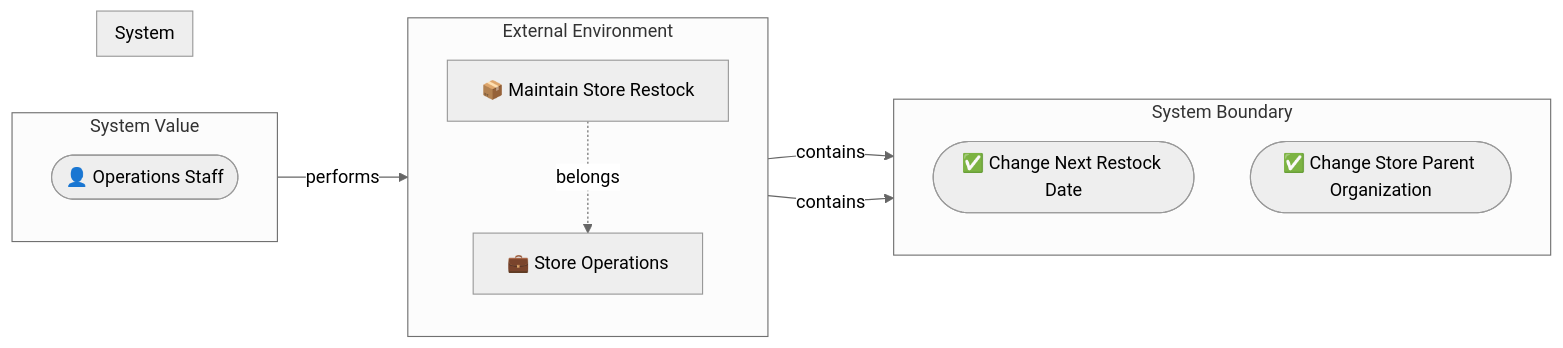
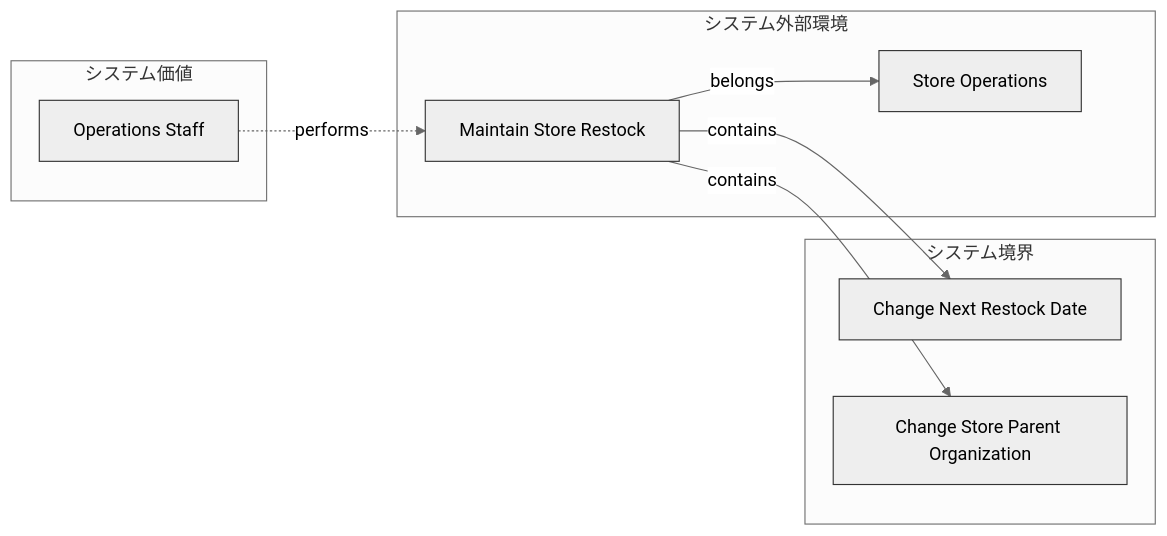
One commit to manji-0/rdra-ish-dsl changed the diagram in samples/incremental-order/step-1-buc-skeleton/out/object_graph_buc_store_restock.mmd. Above: the diagram before and after it, drawn with Mermaid (neutral theme). The commit also changed 12 other files, not shown here.

First line of the commit message:
docs(samples): refresh the incremental-order step diagrams to the encoding contract

```diff
--- a/samples/incremental-order/step-1-buc-skeleton/out/object_graph_buc_store_restock.mmd
+++ b/samples/incremental-order/step-1-buc-skeleton/out/object_graph_buc_store_restock.mmd
@@ -1,22 +1,26 @@
+%% rdra-ish diagram=rdra scope=buc:BucStoreRestock model=samples/incremental-order/step-1-buc-skeleton/src
+%% layers: value=システム価値 environment=システム外部環境 boundary=システム境界
+%% kinds: actor business buc usecase
+%% omitted: (none)
 flowchart LR
-  subgraph layer_value[System Value]
-    direction TB
-    OpsStaff(["👤 Operations Staff"])
+  subgraph layer_value["システム価値"]
+    actor__OpsStaff["Operations Staff"]:::actor
   end
-  subgraph layer_environment[External Environment]
-    direction TB
-    StoreOperations["💼 Store Operations"]
-    BucStoreRestock["📦 Maintain Store Restock"]
+  subgraph layer_environment["システム外部環境"]
+    business__StoreOperations["Store Operations"]:::business
+    %% desc business__StoreOperations: Store operations owns restock planning and store master maintenance.
+    buc__BucStoreRestock["Maintain Store Restock"]:::buc
+    %% desc buc__BucStoreRestock: Keep restock dates and store organization assignments operationally correct.
   end
-  subgraph layer_boundary[System Boundary]
-    direction TB
-    ChangeNextRestockDate(["✅ Change Next Restock Date"])
-    ChangeStoreParentOrganization(["✅ Change Store Parent Organization"])
+  subgraph layer_boundary["システム境界"]
+    usecase__ChangeNextRestockDate["Change Next Restock Date"]:::usecase
+    usecase__ChangeStoreParentOrganization["Change Store Parent Organization"]:::usecase
   end
-  subgraph layer_system[System]
-    direction TB
-  end
-  OpsStaff -->|performs| BucStoreRestock
-  BucStoreRestock -.->|belongs| StoreOperations
-  BucStoreRestock -->|contains| ChangeNextRestockDate
-  BucStoreRestock -->|contains| ChangeStoreParentOrganization
+  actor__OpsStaff -.->|performs| buc__BucStoreRestock
+  buc__BucStoreRestock -->|belongs| business__StoreOperations
+  buc__BucStoreRestock -->|contains| usecase__ChangeNextRestockDate
+  buc__BucStoreRestock -->|contains| usecase__ChangeStoreParentOrganization
+  classDef actor stroke:#333;
+  classDef business stroke:#333;
+  classDef buc stroke:#333;
+  classDef usecase stroke:#333;
```
